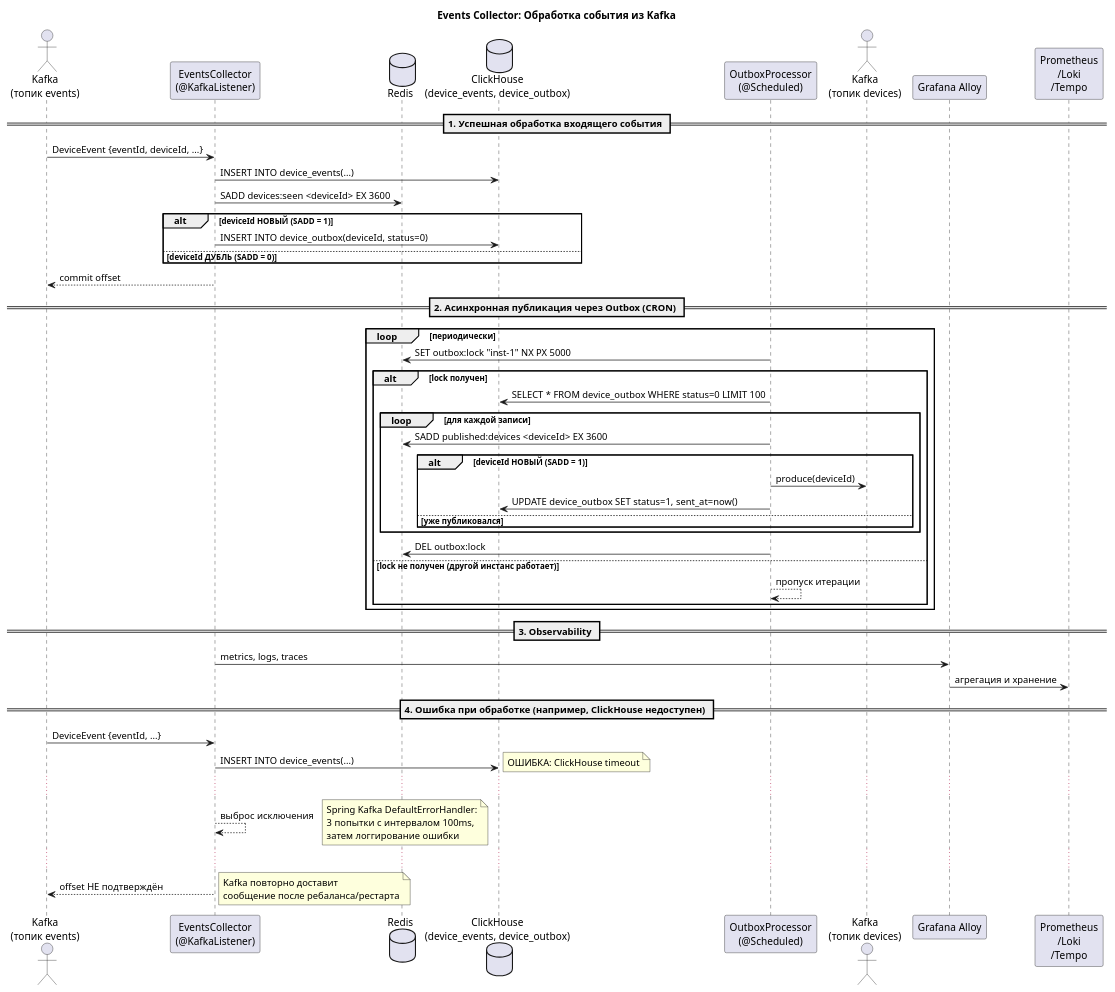
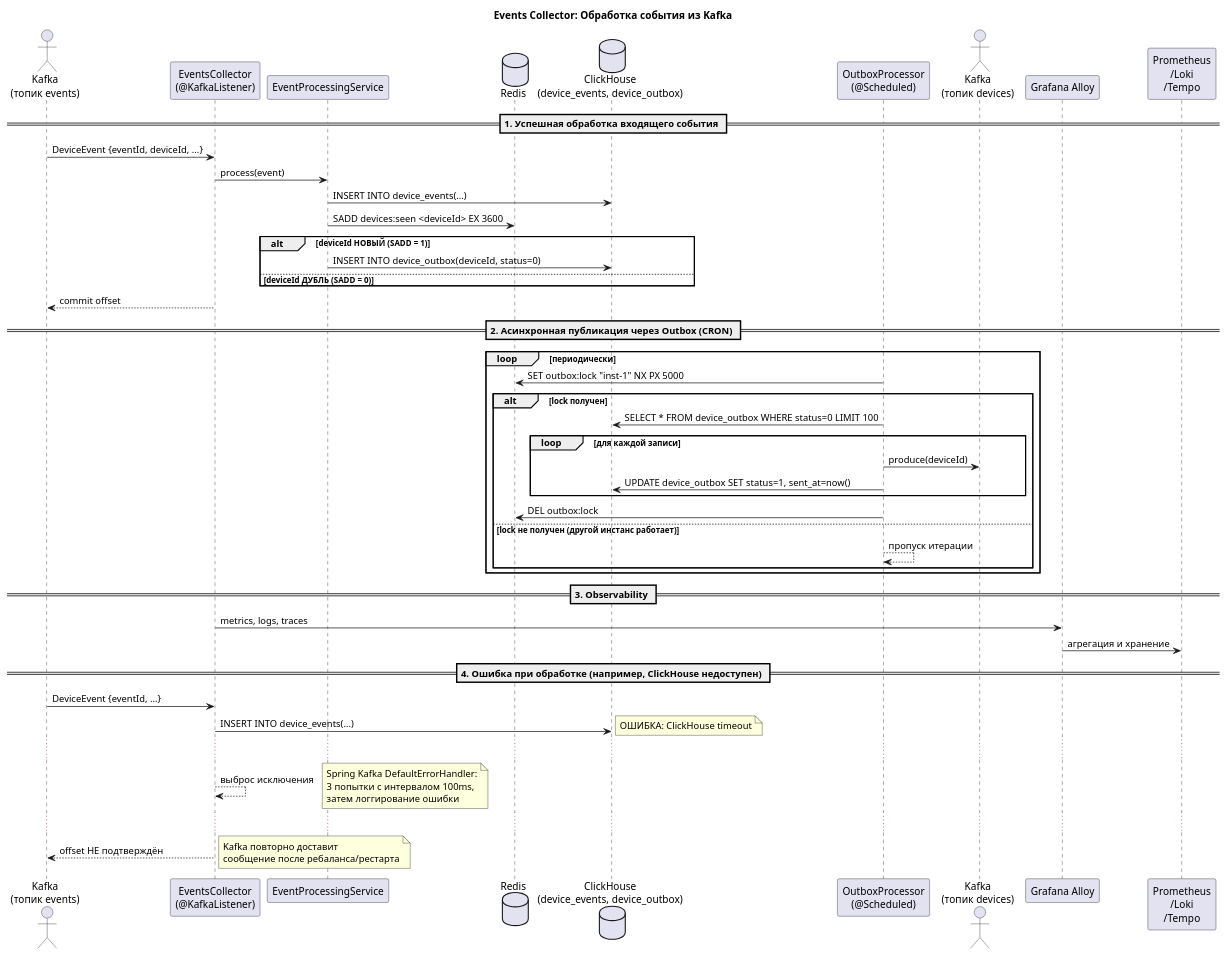
Before and after one commit to QuitEnough/highlyLoadedDistributedSystems: the diagram in diagrams/events-collector-service/sequence.puml, drawn with PlantUML. The commit also changed 2 other files, not shown here.

```diff
--- a/diagrams/events-collector-service/sequence.puml
+++ b/diagrams/events-collector-service/sequence.puml
@@ -1,56 +1,53 @@
 @startuml
 title Events Collector: Обработка события из Kafka
 
 actor "Kafka\n(топик events)" as KafkaIn
 participant "EventsCollector\n(@KafkaListener)" as EC
+participant "EventProcessingService" as EPS
 database "Redis" as R
 database "ClickHouse\n(device_events, device_outbox)" as CH
 participant "OutboxProcessor\n(@Scheduled)" as OP
 actor "Kafka\n(топик devices)" as KafkaOut
 
 == 1. Успешная обработка входящего события ==
 KafkaIn -> EC : DeviceEvent {eventId, deviceId, ...}
-EC -> CH : INSERT INTO device_events(...)
-EC -> R : SADD devices:seen <deviceId> EX 3600
+EC -> EPS : process(event)
+EPS -> CH : INSERT INTO device_events(...)
+EPS -> R : SADD devices:seen <deviceId> EX 3600
 alt deviceId НОВЫЙ (SADD = 1)
-    EC -> CH : INSERT INTO device_outbox(deviceId, status=0)
+    EPS -> CH : INSERT INTO device_outbox(deviceId, status=0)
 else deviceId ДУБЛЬ (SADD = 0)
     note right: Пропускаем создание outbox-записи
 end
 EC --> KafkaIn : commit offset
 
 == 2. Асинхронная публикация через Outbox (CRON) ==
 loop периодически
     OP -> R : SET outbox:lock "inst-1" NX PX 5000
     alt lock получен
         OP -> CH : SELECT * FROM device_outbox WHERE status=0 LIMIT 100
         loop для каждой записи
-            OP -> R : SADD published:devices <deviceId> EX 3600
-            alt deviceId НОВЫЙ (SADD = 1)
-                OP -> KafkaOut : produce(deviceId)
-                OP -> CH : UPDATE device_outbox SET status=1, sent_at=now()
-            else уже публиковался
-                note right: Идемпотентность: пропускаем
-            end
+            OP -> KafkaOut : produce(deviceId)
+            OP -> CH : UPDATE device_outbox SET status=1, sent_at=now()
         end
         OP -> R : DEL outbox:lock
     else lock не получен (другой инстанс работает)
         OP --> OP : пропуск итерации
     end
 end
 
 == 3. Observability ==
 EC -> "Grafana Alloy" : metrics, logs, traces
 "Grafana Alloy" -> "Prometheus\n/Loki\n/Tempo" : агрегация и хранение
 
 == 4. Ошибка при обработке (например, ClickHouse недоступен) ==
 KafkaIn -> EC : DeviceEvent {eventId, ...}
 EC -> CH : INSERT INTO device_events(...)
 note right: ОШИБКА: ClickHouse timeout
 ...
 EC --> EC : выброс исключения
 note right: Spring Kafka DefaultErrorHandler:\n3 попытки с интервалом 100ms,\nзатем логгирование ошибки
 ...
 EC --> KafkaIn : offset НЕ подтверждён
 note right: Kafka повторно доставит\nсообщение после ребаланса/рестарта
 @enduml
```
